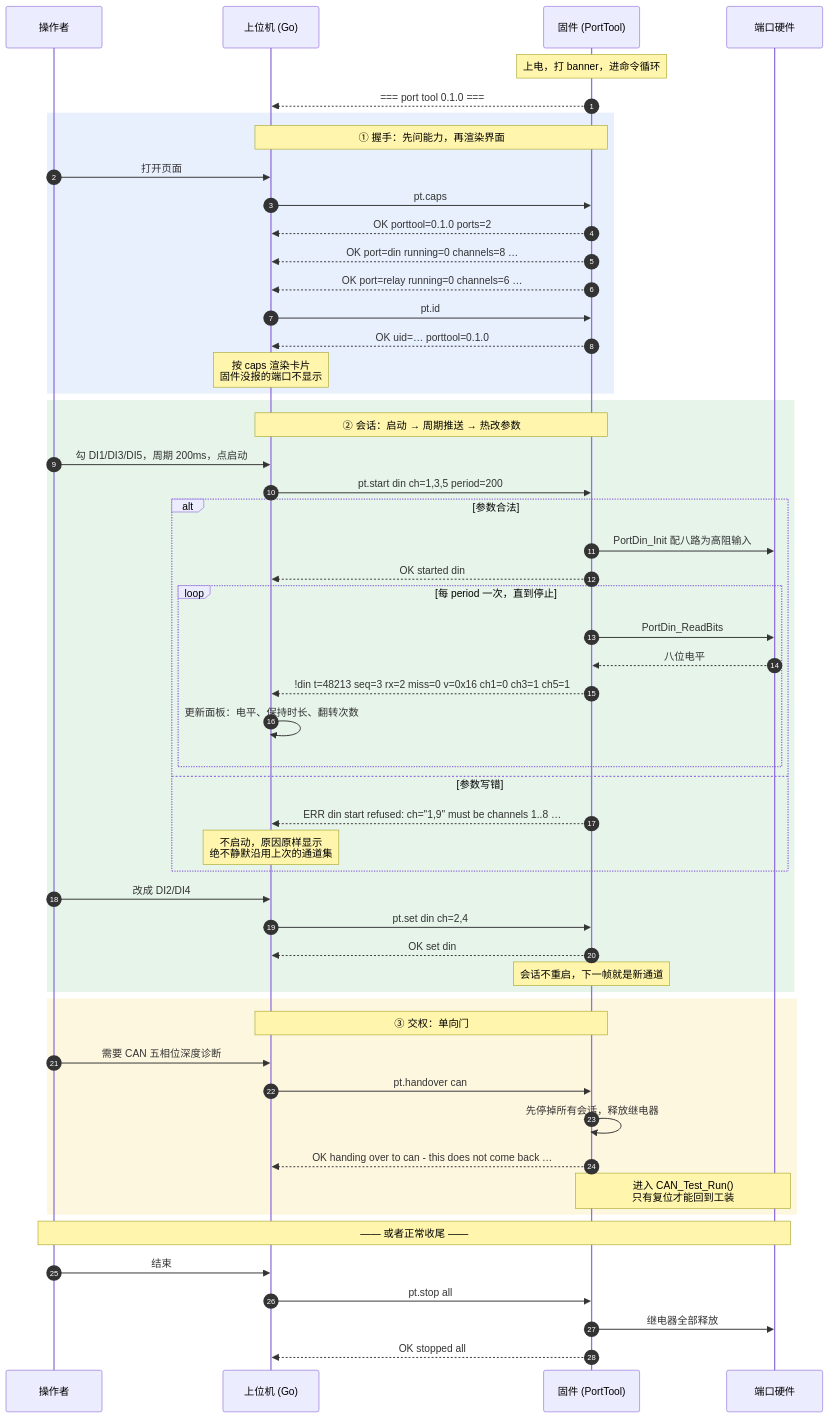
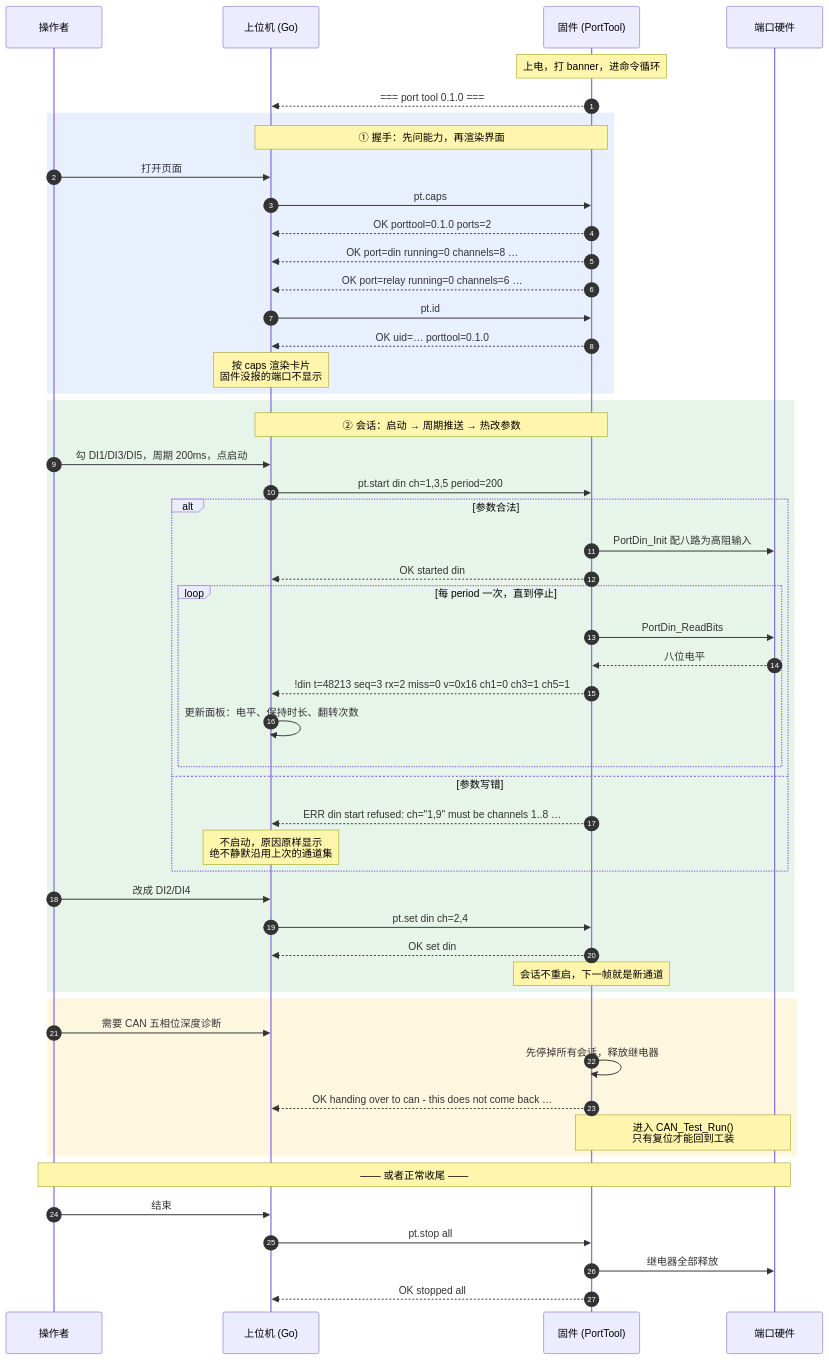
Before and after one commit to haliboteda/open_plc_cube_ide: the second of 8 diagrams in docs/design/PORTTOOL-FLOW.md, drawn with Mermaid. The commit also changed other lines of this file and 6 other files, not shown here.

````diff
--- a/docs/design/PORTTOOL-FLOW.md
+++ b/docs/design/PORTTOOL-FLOW.md
@@ -332,62 +319,60 @@
 ```mermaid
 sequenceDiagram
     autonumber
     participant U as 操作者
     participant PC as 上位机 (Go)
     participant FW as 固件 (PortTool)
     participant HW as 端口硬件
 
     Note over FW: 上电，打 banner，进命令循环
     FW-->>PC: === port tool 0.1.0 ===
 
     rect rgb(232, 240, 254)
     Note over PC,FW: ① 握手：先问能力，再渲染界面
     U->>PC: 打开页面
     PC->>FW: pt.caps
     FW-->>PC: OK porttool=0.1.0 ports=2
     FW-->>PC: OK port=din running=0 channels=8 …
     FW-->>PC: OK port=relay running=0 channels=6 …
     PC->>FW: pt.id
     FW-->>PC: OK uid=… porttool=0.1.0
     Note over PC: 按 caps 渲染卡片<br/>固件没报的端口不显示
     end
 
     rect rgb(230, 244, 234)
     Note over PC,FW: ② 会话：启动 → 周期推送 → 热改参数
     U->>PC: 勾 DI1/DI3/DI5，周期 200ms，点启动
     PC->>FW: pt.start din ch=1,3,5 period=200
     alt 参数合法
         FW->>HW: PortDin_Init 配八路为高阻输入
         FW-->>PC: OK started din
         loop 每 period 一次，直到停止
             FW->>HW: PortDin_ReadBits
             HW-->>FW: 八位电平
             FW-->>PC: !din t=48213 seq=3 rx=2 miss=0 v=0x16 ch1=0 ch3=1 ch5=1
             PC->>PC: 更新面板：电平、保持时长、翻转次数
         end
     else 参数写错
         FW-->>PC: ERR din start refused: ch="1,9" must be channels 1..8 …
         Note over PC: 不启动，原因原样显示<br/>绝不静默沿用上次的通道集
     end
 
     U->>PC: 改成 DI2/DI4
     PC->>FW: pt.set din ch=2,4
     FW-->>PC: OK set din
     Note over FW: 会话不重启，下一帧就是新通道
     end
 
     rect rgb(254, 247, 224)
-    Note over PC,FW: ③ 交权：单向门
     U->>PC: 需要 CAN 五相位深度诊断
-    PC->>FW: pt.handover can
     FW->>FW: 先停掉所有会话，释放继电器
     FW-->>PC: OK handing over to can - this does not come back …
     Note over FW,HW: 进入 CAN_Test_Run()<br/>只有复位才能回到工装
     end
 
     Note over U,HW: —— 或者正常收尾 ——
     U->>PC: 结束
     PC->>FW: pt.stop all
     FW->>HW: 继电器全部释放
     FW-->>PC: OK stopped all
 ```
````
